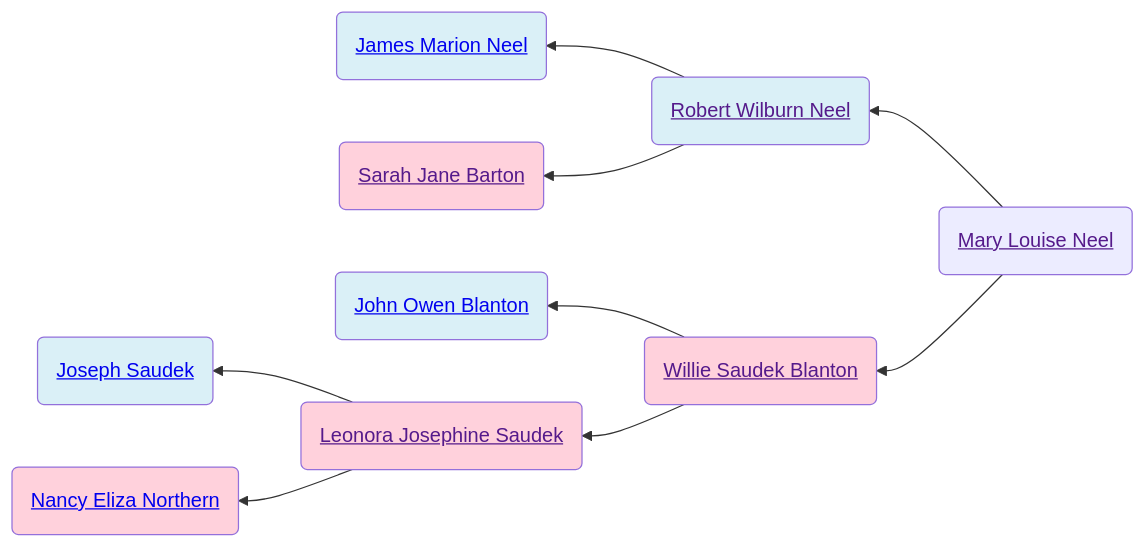
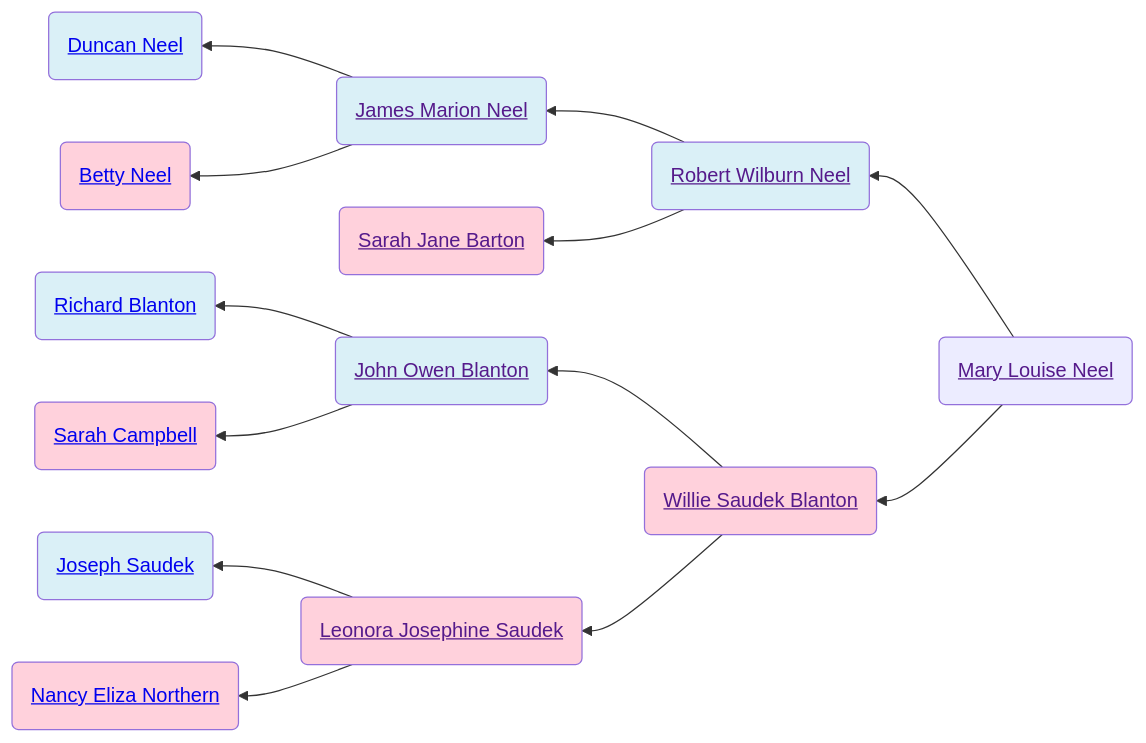
Before and after one commit to neelsmith/avocational: the first of 2 diagrams in familyhistory/sources/people/Neel-line/Mary_Louise_Neel.qmd, drawn with Mermaid. The commit also changed 42 other files, not shown here.

````diff
--- a/familyhistory/sources/people/Neel-line/Mary_Louise_Neel.qmd
+++ b/familyhistory/sources/people/Neel-line/Mary_Louise_Neel.qmd
@@ -26,24 +26,32 @@
 ```{mermaid}
 graph RL
 %% RL ancestor diagram
 Mary_Louise_Neel(<a href=''>Mary Louise Neel</>) -->  Robert_Wilburn_Neel(<a href='./Robert_Wilburn_Neel.html'>Robert Wilburn Neel</>)
 Robert_Wilburn_Neel(<a href=''>Robert Wilburn Neel</>) -->  James_Marion_Neel(<a href='./James_Marion_Neel.html'>James Marion Neel</>)
+James_Marion_Neel(<a href=''>James Marion Neel</>) -->  Duncan_Neel(<a href='./Duncan_Neel.html'>Duncan Neel</>)
+class Duncan_Neel father
+James_Marion_Neel(<a href=''>James Marion Neel</>)  --> Betty_Neel(<a href='./Betty_Neel.html'>Betty Neel</>)
+class Betty_Neel mother
 class James_Marion_Neel father
 Robert_Wilburn_Neel(<a href=''>Robert Wilburn Neel</>)  --> _Sarah_Jane_Barton(<a href=''> Sarah Jane Barton</>)
 class _Sarah_Jane_Barton mother
 class Robert_Wilburn_Neel father
 Mary_Louise_Neel(<a href=''>Mary Louise Neel</>)  --> Willie_Saudek_Blanton(<a href='./Blanton-line/Willie_Saudek_Blanton.html'>Willie Saudek Blanton</>)
 Willie_Saudek_Blanton(<a href=''>Willie Saudek Blanton</>) -->  John_Owen_Blanton(<a href='./John_Owen_Blanton.html'>John Owen Blanton</>)
+John_Owen_Blanton(<a href=''>John Owen Blanton</>) -->  Richard_Blanton(<a href='./Richard_Blanton.html'>Richard Blanton</>)
+class Richard_Blanton father
+John_Owen_Blanton(<a href=''>John Owen Blanton</>)  --> Sarah_Campbell(<a href='./Sarah_Campbell.html'>Sarah Campbell</>)
+class Sarah_Campbell mother
 class John_Owen_Blanton father
 Willie_Saudek_Blanton(<a href=''>Willie Saudek Blanton</>)  --> Leonora_Josephine_Saudek(<a href='./Saudek-line/Leonora_Josephine_Saudek.html'>Leonora Josephine Saudek</>)
 Leonora_Josephine_Saudek(<a href=''>Leonora Josephine Saudek</>) -->  Joseph_Saudek(<a href='./Joseph_Saudek.html'>Joseph Saudek</>)
 class Joseph_Saudek father
 Leonora_Josephine_Saudek(<a href=''>Leonora Josephine Saudek</>)  --> Nancy_Eliza_Northern(<a href='./Northern-line/Nancy_Eliza_Northern.html'>Nancy Eliza Northern</>)
 class Nancy_Eliza_Northern mother
 class Leonora_Josephine_Saudek mother
 class Willie_Saudek_Blanton mother
 classDef mother fill:#ffd1dc
 classDef father fill:#daf0f7  
 classDef marriage fill:#ffffff
 
 ```
````
